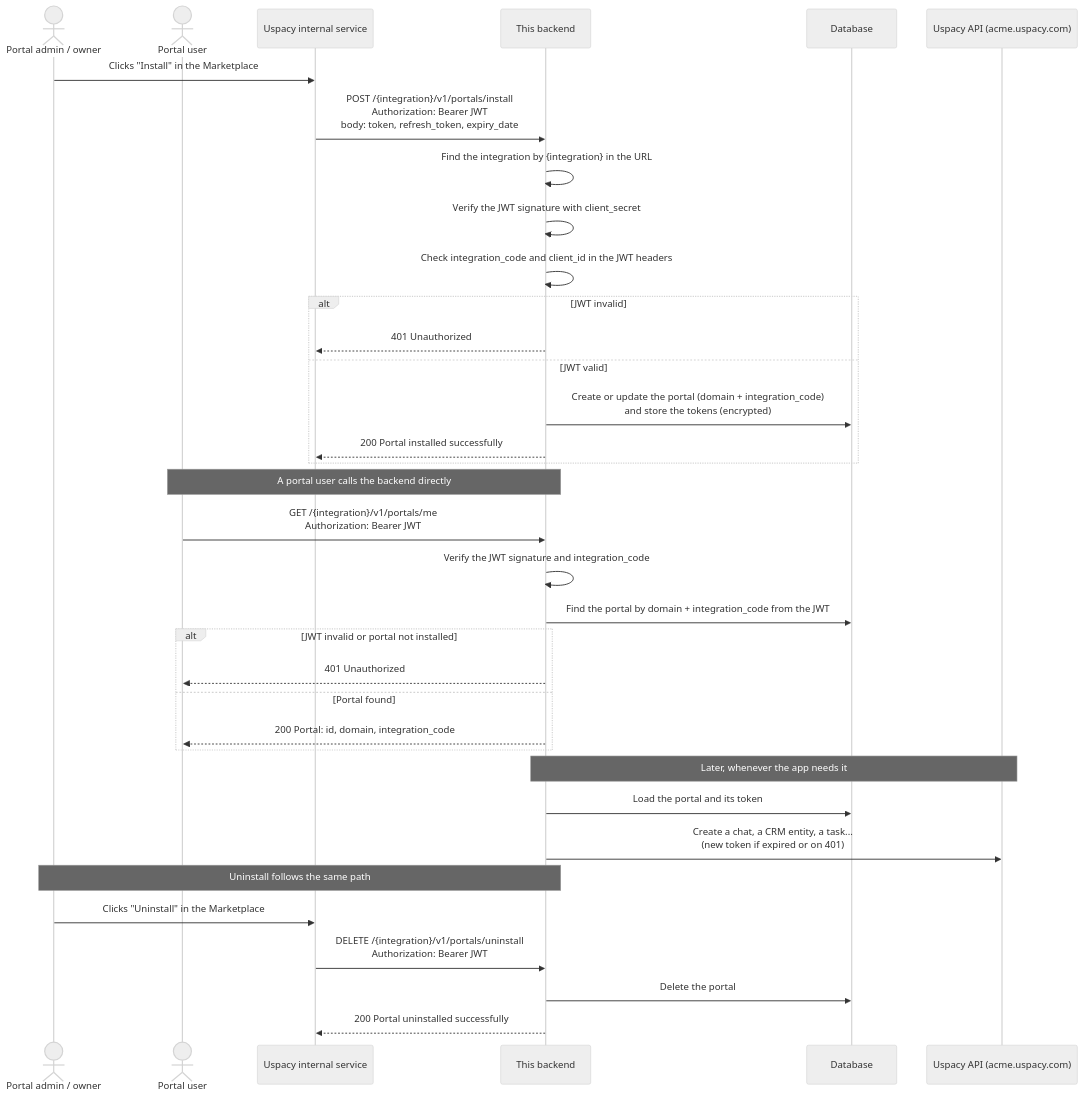
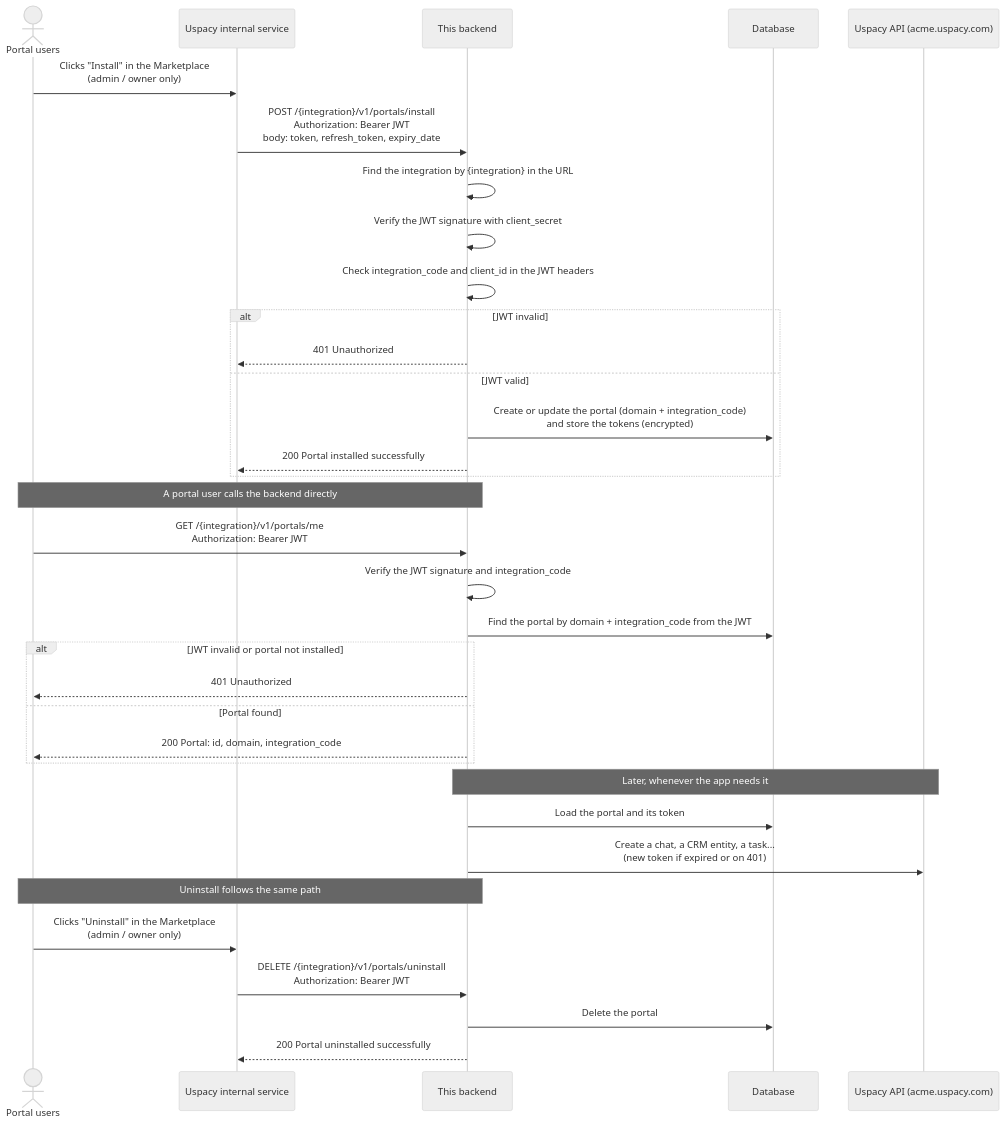
The diagram in README.md (Uspacy/app-laravel-template), drawn with Mermaid (neutral theme) before and after one commit.

Commit message:
docs: clarify install and uninstall actors in README diagram
Merge admin and user actors into "Portal users" and note that installing and uninstalling in the Marketplace is admin / owner only.

````diff
--- a/README.md
+++ b/README.md
@@ -20,41 +20,40 @@
 ```mermaid
 sequenceDiagram
-    actor Admin as Portal admin / owner
-    actor User as Portal user
+    actor User as Portal users
     participant S as Uspacy internal service
     participant A as This backend
     participant DB as Database
     participant API as Uspacy API (acme.uspacy.com)
 
-    Admin->>S: Clicks "Install" in the Marketplace
+    User->>S: Clicks "Install" in the Marketplace<br/>(admin / owner only)
     S->>A: POST /{integration}/v1/portals/install<br/>Authorization: Bearer JWT<br/>body: token, refresh_token, expiry_date
     A->>A: Find the integration by {integration} in the URL
     A->>A: Verify the JWT signature with client_secret
     A->>A: Check integration_code and client_id in the JWT headers
     alt JWT invalid
         A-->>S: 401 Unauthorized
     else JWT valid
         A->>DB: Create or update the portal (domain + integration_code)<br/>and store the tokens (encrypted)
         A-->>S: 200 Portal installed successfully
     end
 
     Note over User,A: A portal user calls the backend directly
     User->>A: GET /{integration}/v1/portals/me<br/>Authorization: Bearer JWT
     A->>A: Verify the JWT signature and integration_code
     A->>DB: Find the portal by domain + integration_code from the JWT
     alt JWT invalid or portal not installed
         A-->>User: 401 Unauthorized
     else Portal found
         A-->>User: 200 Portal: id, domain, integration_code
     end
 
     Note over A,API: Later, whenever the app needs it
     A->>DB: Load the portal and its token
     A->>API: Create a chat, a CRM entity, a task...<br/>(new token if expired or on 401)
 
-    Note over Admin,A: Uninstall follows the same path
-    Admin->>S: Clicks "Uninstall" in the Marketplace
+    Note over User,A: Uninstall follows the same path
+    User->>S: Clicks "Uninstall" in the Marketplace<br/>(admin / owner only)
     S->>A: DELETE /{integration}/v1/portals/uninstall<br/>Authorization: Bearer JWT
     A->>DB: Delete the portal
     A-->>S: 200 Portal uninstalled successfully
 ```
````
